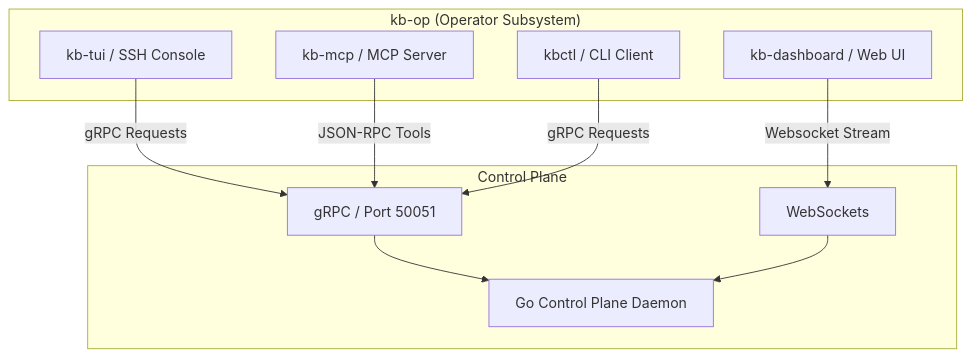
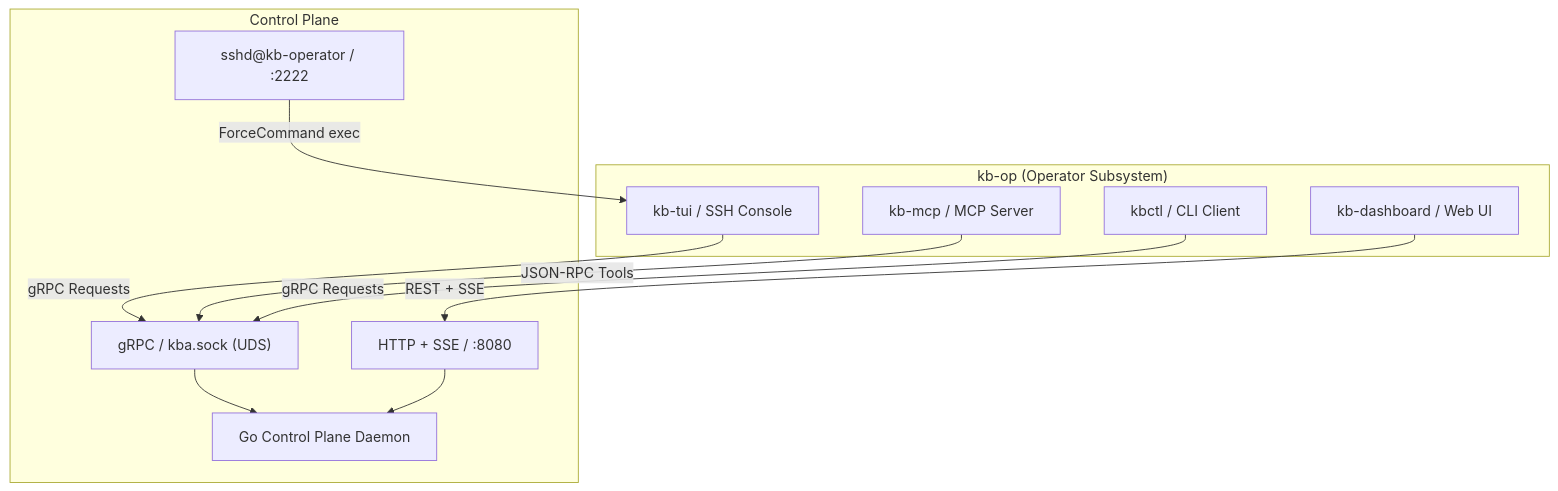
Before and after one commit to pardhuvarmax/kernel-borderlands: the diagram in kb-op/README.md, drawn with Mermaid. The commit also changed other lines of this file and 68 other files, not shown here.

````diff
--- a/kb-op/README.md
+++ b/kb-op/README.md
@@ -9,22 +9,24 @@
 ```mermaid
 flowchart TD
     subgraph kb_op ["kb-op (Operator Subsystem)"]
         TUI["kb-tui / SSH Console"]
         Dash["kb-dashboard / Web UI"]
         MCP["kb-mcp / MCP Server"]
         CLI["kbctl / CLI Client"]
     end
     
     subgraph control_plane ["Control Plane"]
         KBD["Go Control Plane Daemon"]
-        gRPC_Node["gRPC / Port 50051"]
-        WS["WebSockets"]
+        gRPC_Node["gRPC / kba.sock (UDS)"]
+        HTTP["HTTP + SSE / :8080"]
+        SSHD["sshd@kb-operator / :2222"]
     end
-    
+
     TUI -->|gRPC Requests| gRPC_Node
-    Dash -->|Websocket Stream| WS
+    Dash -->|REST + SSE| HTTP
     MCP -->|JSON-RPC Tools| gRPC_Node
     CLI -->|gRPC Requests| gRPC_Node
+    SSHD -->|ForceCommand exec| TUI
     gRPC_Node --> KBD
-    WS --> KBD
+    HTTP --> KBD
 ```
````
